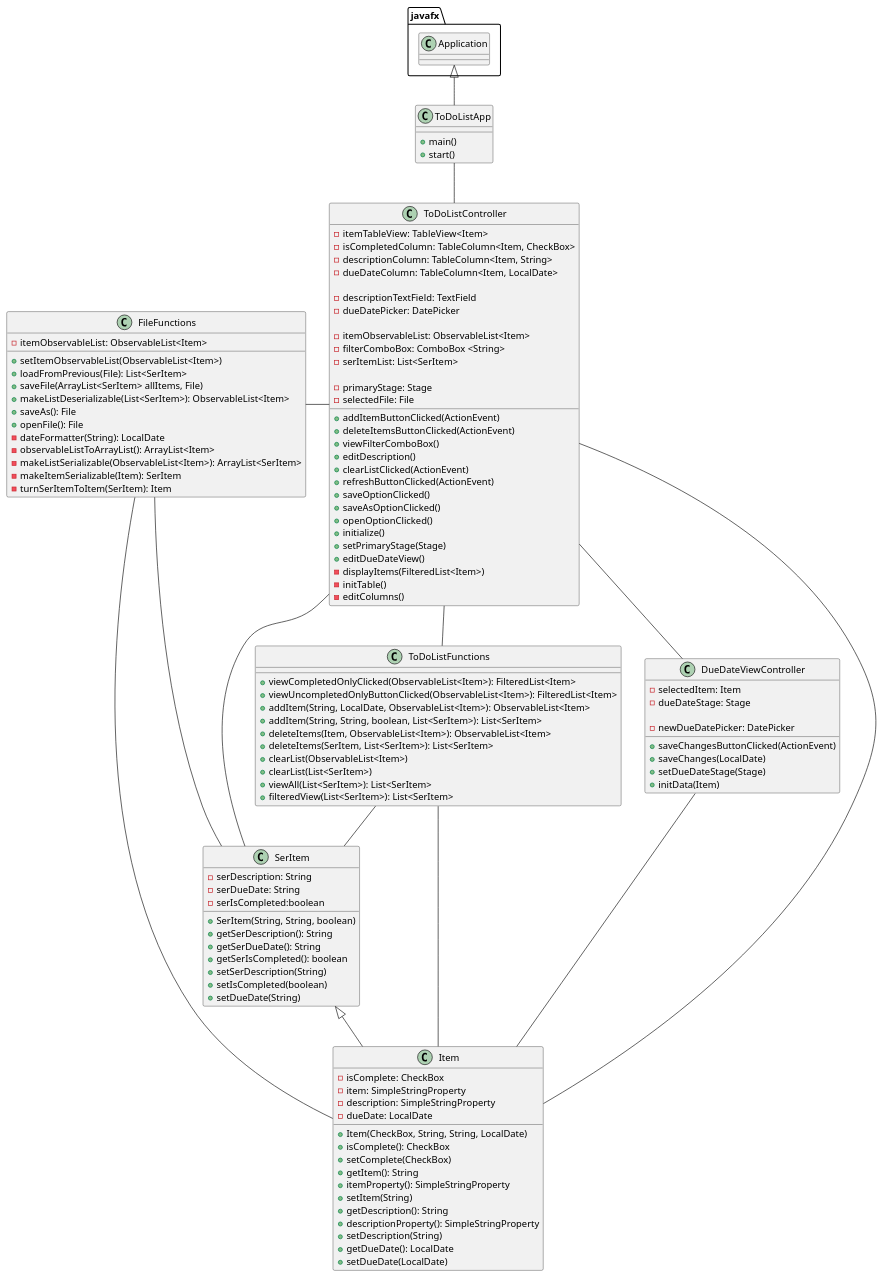
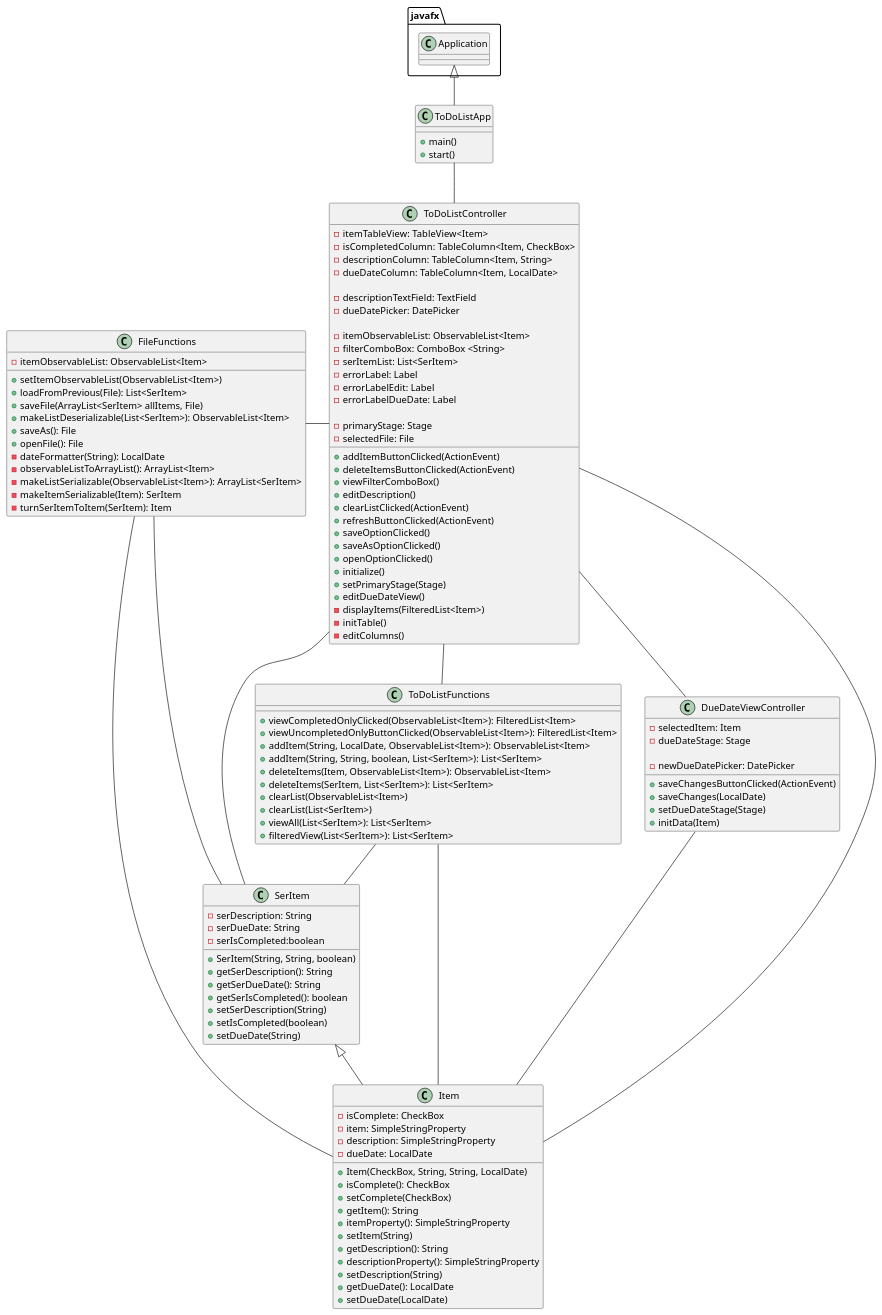
Before and after one commit to ivy-nguyen18/nguyen-cop3330-assignment4part2: the diagram in uml/ListManager.puml, drawn with PlantUML. The commit also changed 3 other files, not shown here.

Commit message:
new error messages edit

```diff
--- a/uml/ListManager.puml
+++ b/uml/ListManager.puml
@@ -1,131 +1,134 @@
 @startuml
 'https://plantuml.com/class-diagram
 
 class ToDoListApp{
     + main()
     + start()
 }
 
 class ToDoListController{
     - itemTableView: TableView<Item>
     - isCompletedColumn: TableColumn<Item, CheckBox>
     - descriptionColumn: TableColumn<Item, String>
     - dueDateColumn: TableColumn<Item, LocalDate>
 
     - descriptionTextField: TextField
     - dueDatePicker: DatePicker
 
     - itemObservableList: ObservableList<Item>
     - filterComboBox: ComboBox <String>
     - serItemList: List<SerItem>
+    - errorLabel: Label
+    - errorLabelEdit: Label
+    - errorLabelDueDate: Label
 
     - primaryStage: Stage
     - selectedFile: File
 
     + addItemButtonClicked(ActionEvent)
     + deleteItemsButtonClicked(ActionEvent)
     + viewFilterComboBox()
     + editDescription()
     + clearListClicked(ActionEvent)
     + refreshButtonClicked(ActionEvent)
     + saveOptionClicked()
     + saveAsOptionClicked()
     + openOptionClicked()
     + initialize()
     + setPrimaryStage(Stage)
     + editDueDateView()
     - displayItems(FilteredList<Item>)
     - initTable()
     - editColumns()
 }
 
 class ToDoListFunctions{
     + viewCompletedOnlyClicked(ObservableList<Item>): FilteredList<Item>
     + viewUncompletedOnlyButtonClicked(ObservableList<Item>): FilteredList<Item>
     + addItem(String, LocalDate, ObservableList<Item>): ObservableList<Item>
     + addItem(String, String, boolean, List<SerItem>): List<SerItem>
     + deleteItems(Item, ObservableList<Item>): ObservableList<Item>
     + deleteItems(SerItem, List<SerItem>): List<SerItem>
     + clearList(ObservableList<Item>)
     + clearList(List<SerItem>)
     + viewAll(List<SerItem>): List<SerItem>
     + filteredView(List<SerItem>): List<SerItem>
 }
 
 class DueDateViewController{
     - selectedItem: Item
     - dueDateStage: Stage
 
     - newDueDatePicker: DatePicker
 
     + saveChangesButtonClicked(ActionEvent)
     + saveChanges(LocalDate)
     + setDueDateStage(Stage)
     + initData(Item)
 }
 
 class SerItem{
     - serDescription: String
     - serDueDate: String
     - serIsCompleted:boolean
 
     + SerItem(String, String, boolean)
     + getSerDescription(): String
     + getSerDueDate(): String
     + getSerIsCompleted(): boolean
     + setSerDescription(String)
     + setIsCompleted(boolean)
     + setDueDate(String)
 }
 
 class Item{
     - isComplete: CheckBox
     - item: SimpleStringProperty
     - description: SimpleStringProperty
     - dueDate: LocalDate
 
     + Item(CheckBox, String, String, LocalDate)
     + isComplete(): CheckBox
     + setComplete(CheckBox)
     + getItem(): String
     + itemProperty(): SimpleStringProperty
     + setItem(String)
     + getDescription(): String
     + descriptionProperty(): SimpleStringProperty
     + setDescription(String)
     + getDueDate(): LocalDate
     + setDueDate(LocalDate)
 }
 
 class FileFunctions{
     - itemObservableList: ObservableList<Item>
 
     + setItemObservableList(ObservableList<Item>)
     + loadFromPrevious(File): List<SerItem>
     + saveFile(ArrayList<SerItem> allItems, File)
     + makeListDeserializable(List<SerItem>): ObservableList<Item>
     + saveAs(): File
     + openFile(): File
     - dateFormatter(String): LocalDate
     - observableListToArrayList(): ArrayList<Item>
     - makeListSerializable(ObservableList<Item>): ArrayList<SerItem>
     - makeItemSerializable(Item): SerItem
     - turnSerItemToItem(SerItem): Item
 }
 
 
 javafx.Application <|-- ToDoListApp
 ToDoListApp -- ToDoListController
 ToDoListController -- Item
 DueDateViewController -- Item
 ToDoListController -- SerItem
 ToDoListController -- DueDateViewController
 SerItem <|-- Item
 ToDoListFunctions -- SerItem
 ToDoListFunctions -- Item
 ToDoListController -- ToDoListFunctions
 FileFunctions - ToDoListController
 FileFunctions - Item
 FileFunctions -- SerItem
 
 @enduml
```
